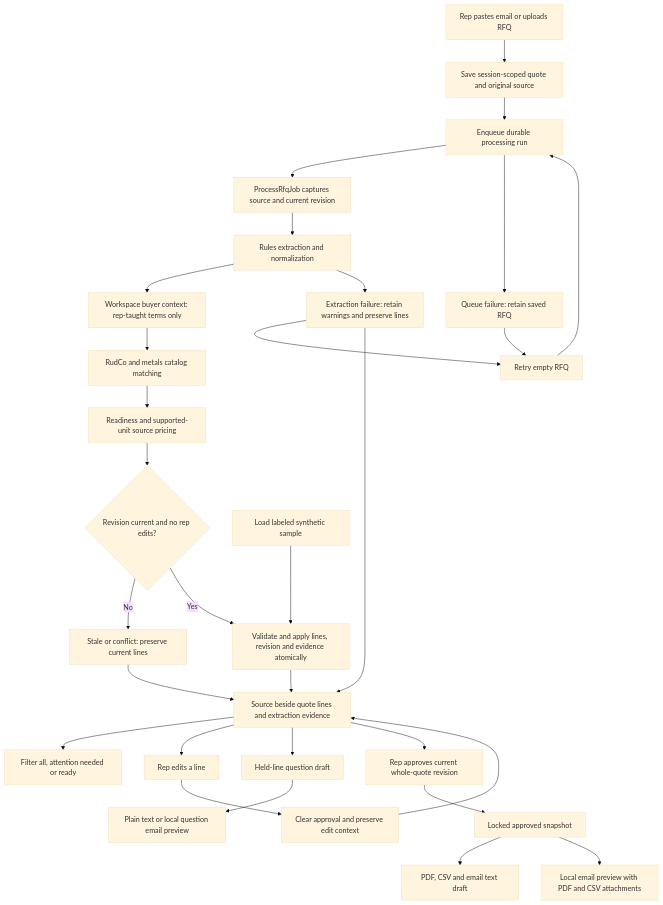
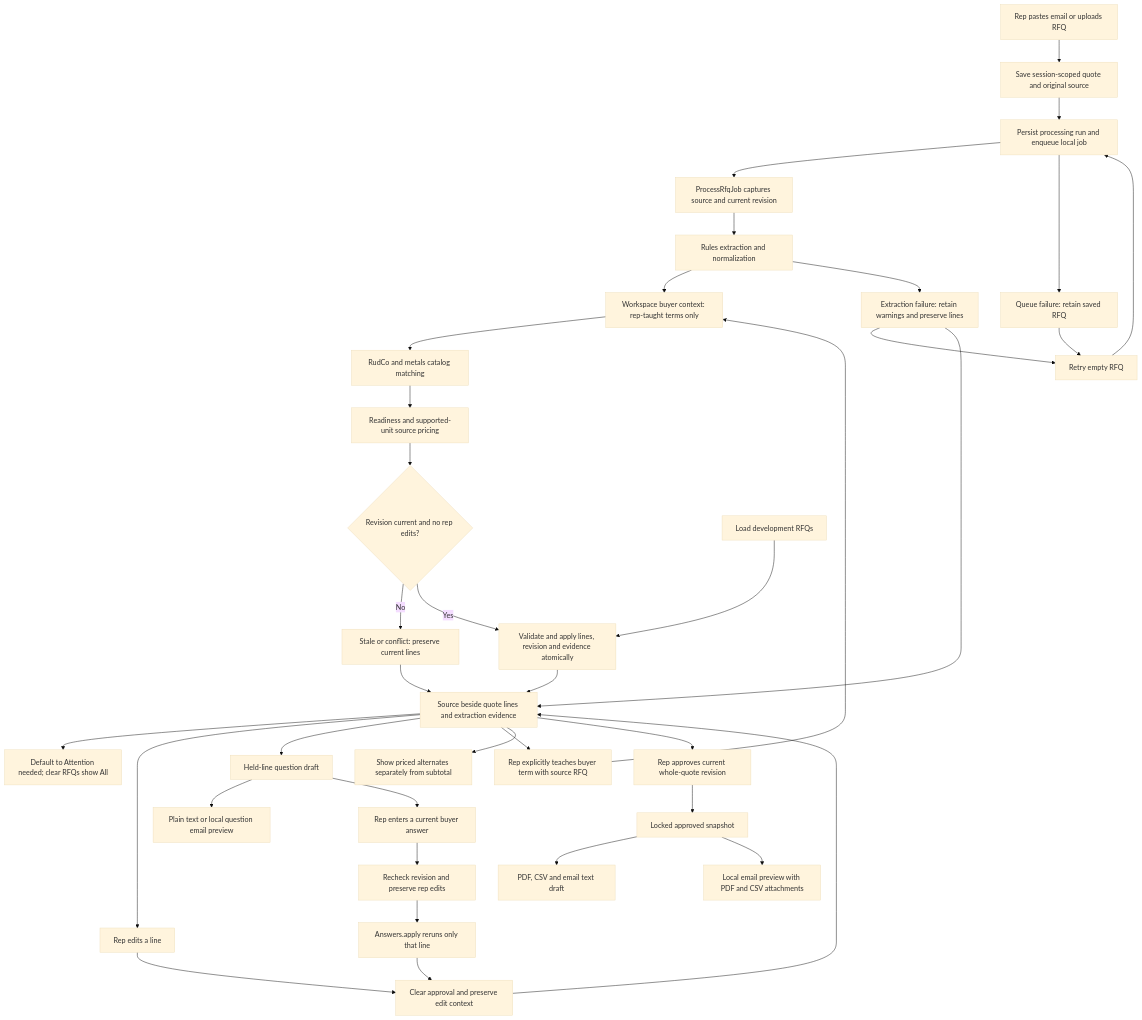
The diagram in docs/diagrams/quote-workspace.md (kenxle/columbia-startup-lab-get-hired-hack), drawn with Mermaid (base theme) before and after one commit. The commit also changed other lines of this file and 57 other files, not shown here.

````diff
--- a/docs/diagrams/quote-workspace.md
+++ b/docs/diagrams/quote-workspace.md
@@ -3,32 +3,39 @@
 ```mermaid
 graph TD
     A[Rep pastes email or uploads RFQ] --> B[Save session-scoped quote and original source]
-    B --> C[Enqueue durable processing run]
+    B --> C[Persist processing run and enqueue local job]
     C --> D[ProcessRfqJob captures source and current revision]
     D --> E[Rules extraction and normalization]
     E --> F[Workspace buyer context: rep-taught terms only]
     F --> G[RudCo and metals catalog matching]
     G --> H[Readiness and supported-unit source pricing]
     H --> I{Revision current and no rep edits?}
     I -- No --> J[Stale or conflict: preserve current lines]
     I -- Yes --> K[Validate and apply lines, revision and evidence atomically]
     E --> L[Extraction failure: retain warnings and preserve lines]
     C --> M[Queue failure: retain saved RFQ]
     L --> N[Retry empty RFQ]
     M --> N
     N --> C
-    O[Load labeled synthetic sample] --> K
+    O[Load development RFQs] --> K
     K --> P[Source beside quote lines and extraction evidence]
     J --> P
     L --> P
-    P --> Q[Filter all, attention needed or ready]
+    P --> Q[Default to Attention needed; clear RFQs show All]
     P --> R[Rep edits a line]
     R --> S[Clear approval and preserve edit context]
     S --> P
     P --> T[Held-line question draft]
     T --> U[Plain text or local question email preview]
+    T --> AA[Rep enters a current buyer answer]
+    AA --> AB[Recheck revision and preserve rep edits]
+    AB --> AC[Answers.apply reruns only that line]
+    AC --> S
+    P --> AD[Rep explicitly teaches buyer term with source RFQ]
+    AD --> F
+    P --> AE[Show priced alternates separately from subtotal]
     P --> V[Rep approves current whole-quote revision]
     V --> W[Locked approved snapshot]
     W --> X[PDF, CSV and email text draft]
     W --> Y[Local email preview with PDF and CSV attachments]
 ```
````
